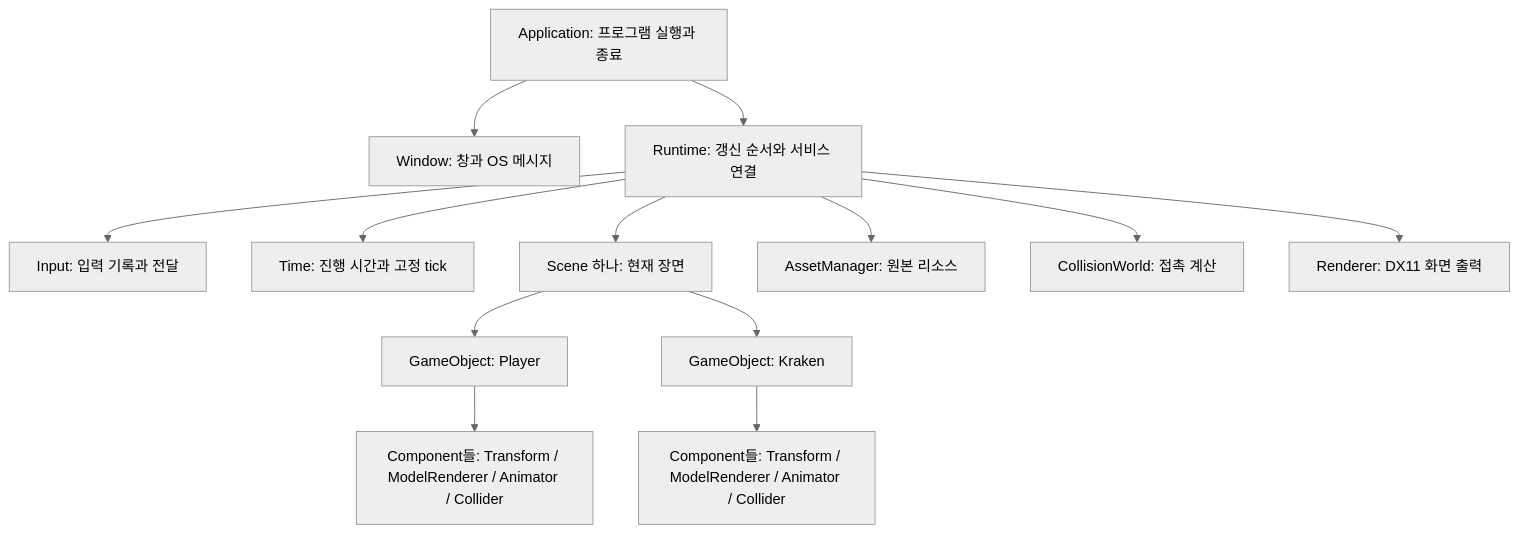
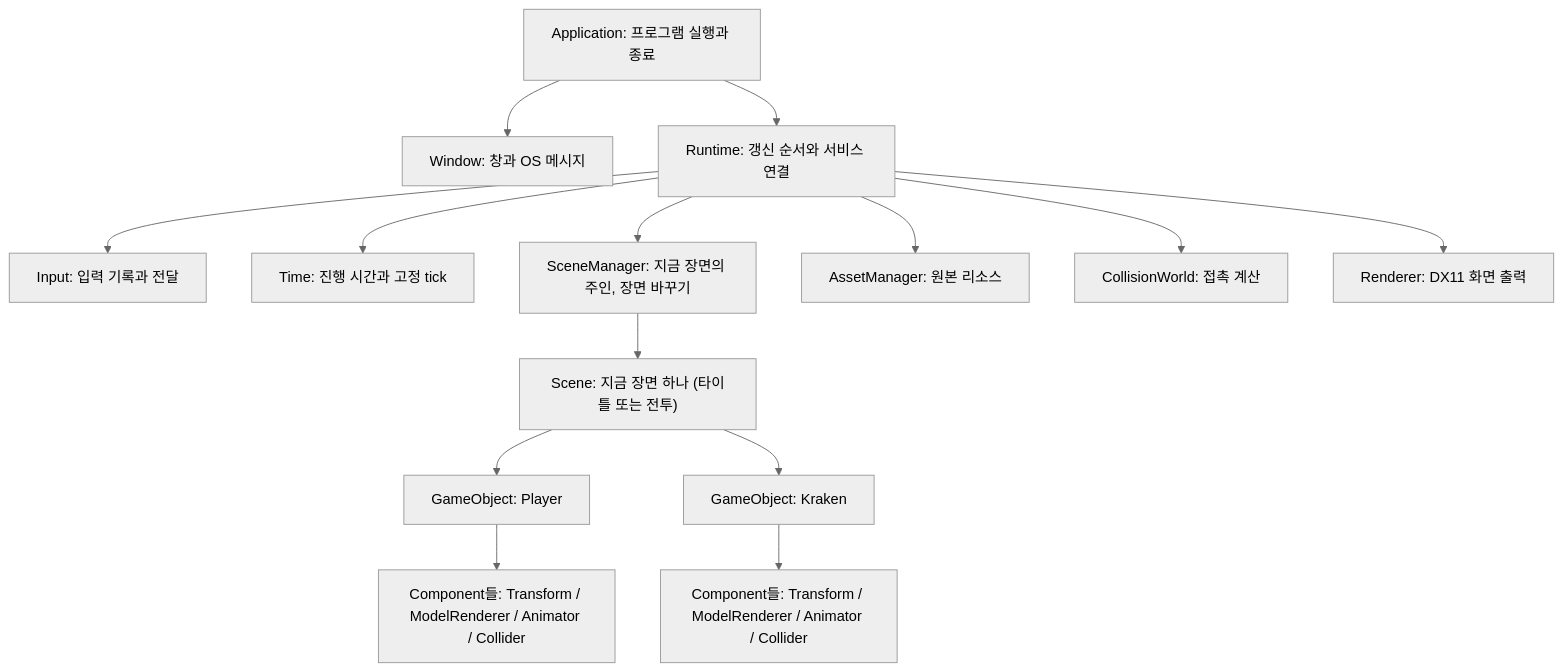
The first of 2 diagrams in docs/architecture.md (jung-seung-hwan/Nereides-Engine2), drawn with Mermaid (neutral theme) before and after one commit. The commit also changed other lines of this file and 10 other files, not shown here.

First line of the commit message:
docs: start stage 4-2 SceneManager design and move playback to 4-3

````diff
--- a/docs/architecture.md
+++ b/docs/architecture.md
@@ -17,16 +17,17 @@
 ```mermaid
 flowchart TB
     App["Application: 프로그램 실행과 종료"]
     App --> Platform["Window: 창과 OS 메시지"]
     App --> Runtime["Runtime: 갱신 순서와 서비스 연결"]
     Runtime --> Input["Input: 입력 기록과 전달"]
     Runtime --> Time["Time: 진행 시간과 고정 tick"]
-    Runtime --> Scene["Scene 하나: 현재 장면"]
+    Runtime --> SceneManager["SceneManager: 지금 장면의 주인, 장면 바꾸기"]
+    SceneManager --> Scene["Scene: 지금 장면 하나 (타이틀 또는 전투)"]
     Runtime --> Assets["AssetManager: 원본 리소스"]
     Runtime --> Collision["CollisionWorld: 접촉 계산"]
     Runtime --> Renderer["Renderer: DX11 화면 출력"]
     Scene --> Player["GameObject: Player"]
     Scene --> Kraken["GameObject: Kraken"]
     Player --> PC["Component들: Transform / ModelRenderer / Animator / Collider"]
     Kraken --> KC["Component들: Transform / ModelRenderer / Animator / Collider"]
 ```
````
